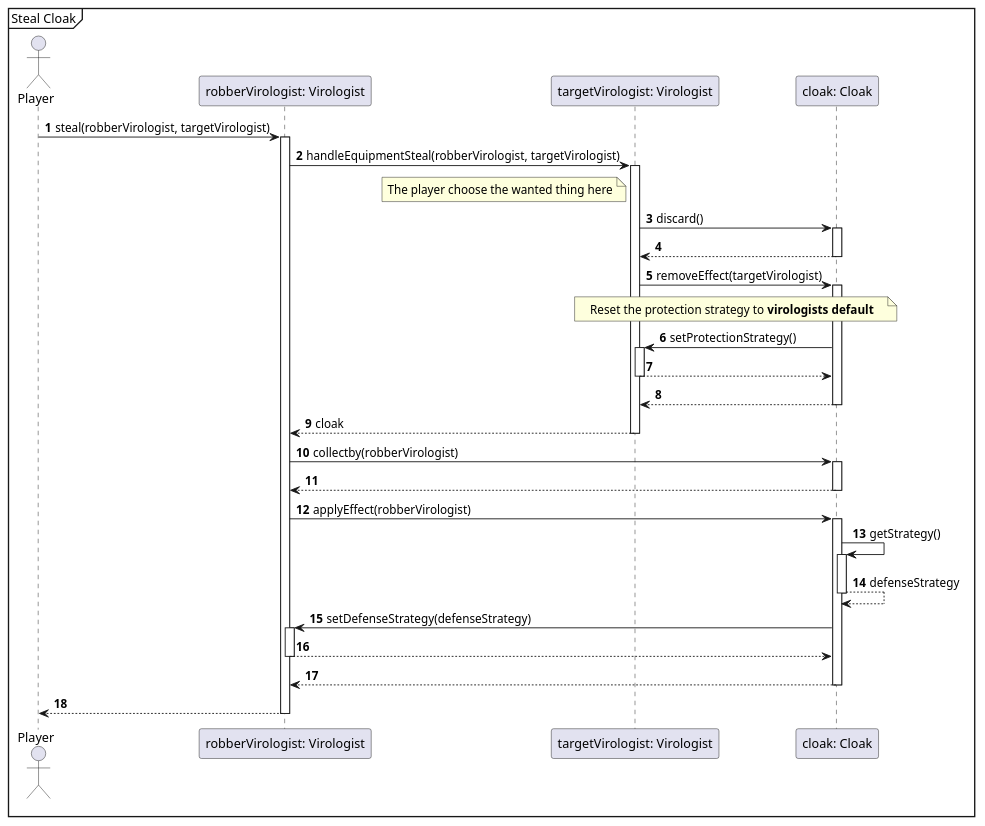
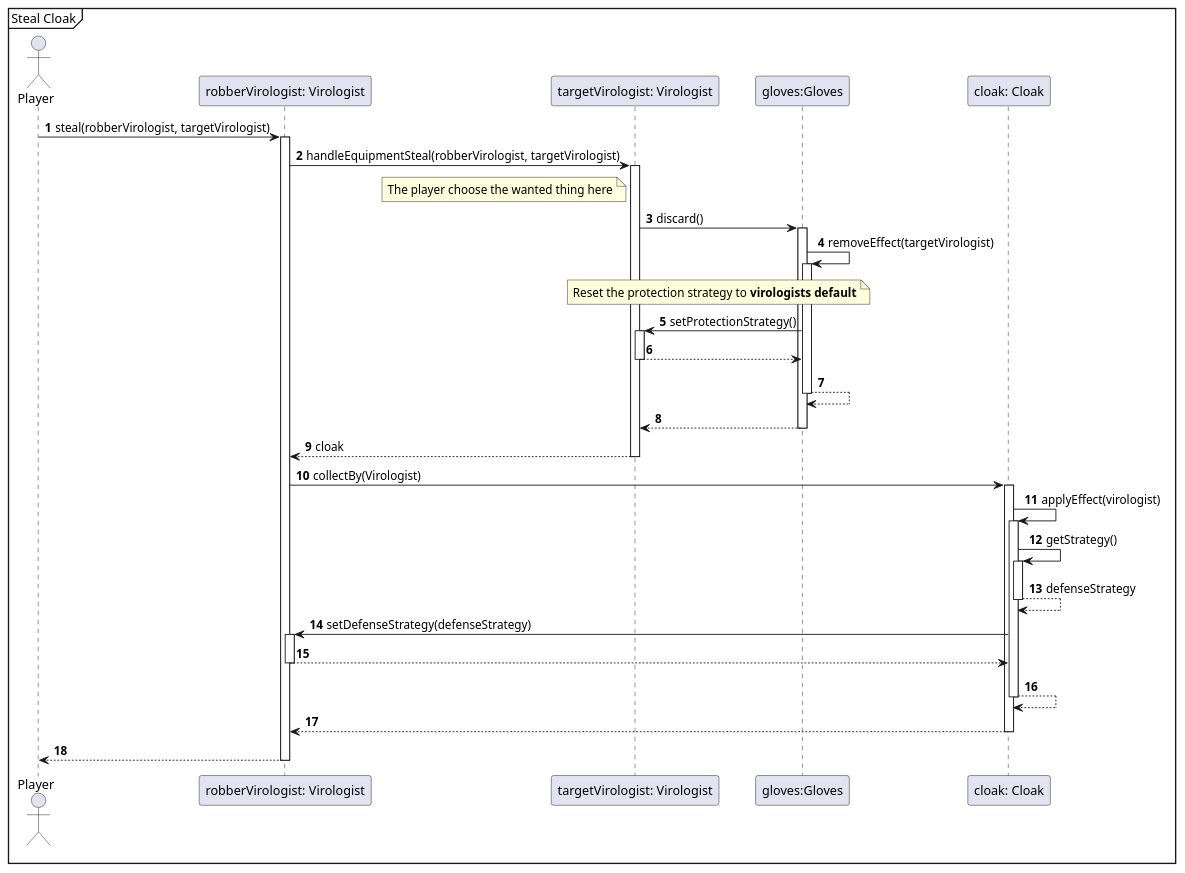
One commit to Projlab-csb/projlab-virologus changed the diagram in Exact Sequence-diagrams/StealCloak.puml. Above: the diagram before and after it, drawn with PlantUML. The commit also changed 17 other files, not shown here.

Commit message:
Little changes in sequences

```diff
--- a/Exact Sequence-diagrams/StealCloak.puml
+++ b/Exact Sequence-diagrams/StealCloak.puml
@@ -1,47 +1,50 @@
 @startuml
 'https://plantuml.com/sequence-diagram
 autonumber
 
 mainframe Steal Cloak
 
 actor Player
 
 Player -> "robberVirologist: Virologist"++: steal(robberVirologist, targetVirologist)
 
 "robberVirologist: Virologist" ->  "targetVirologist: Virologist"++: handleEquipmentSteal(robberVirologist, targetVirologist)
 
 
         note left  "targetVirologist: Virologist"
             The player choose the wanted thing here
         end note
 
-         "targetVirologist: Virologist"->"cloak: Cloak"++:discard()
-
-        "cloak: Cloak"--> "targetVirologist: Virologist"--
-        "targetVirologist: Virologist" -> "cloak: Cloak"++ : removeEffect(targetVirologist)
-        note over  "targetVirologist: Virologist", "cloak: Cloak"
-        Reset the protection strategy to **virologists default**
-        end note
+         "targetVirologist: Virologist"->"gloves:Gloves"++:discard()
+                   "gloves:Gloves" -> "gloves:Gloves"++ : removeEffect(targetVirologist)
+                    note over  "targetVirologist: Virologist", "gloves:Gloves"
+                    Reset the protection strategy to **virologists default**
+                     end note
         
-        "cloak: Cloak" ->  "targetVirologist: Virologist"++: setProtectionStrategy()
-         "targetVirologist: Virologist" --> "cloak: Cloak"--
-
-        "cloak: Cloak"--> "targetVirologist: Virologist"--
+                    "gloves:Gloves" ->  "targetVirologist: Virologist"++: setProtectionStrategy()
+                    "targetVirologist: Virologist" --> "gloves:Gloves"--
+        
+                    "gloves:Gloves"-->  "gloves:Gloves"--
+        
+                         "gloves:Gloves"--> "targetVirologist: Virologist"--
 
      "targetVirologist: Virologist" -->"robberVirologist: Virologist"--: cloak
-    "robberVirologist: Virologist"->"cloak: Cloak"++:collectby(robberVirologist)
-    "cloak: Cloak" --> "robberVirologist: Virologist"--
-"robberVirologist: Virologist" -> "cloak: Cloak"++ : applyEffect(robberVirologist)
-
-
-
-"cloak: Cloak" -> "cloak: Cloak"++ : getStrategy()
-"cloak: Cloak" --> "cloak: Cloak"-- : defenseStrategy
-
-"cloak: Cloak" -> "robberVirologist: Virologist"++: setDefenseStrategy(defenseStrategy)
-"robberVirologist: Virologist" --> "cloak: Cloak"--
-"cloak: Cloak" --> "robberVirologist: Virologist"--
+  "robberVirologist: Virologist" -> "cloak: Cloak": collectBy(Virologist)
+    Activate "cloak: Cloak"
+ 
+     "cloak: Cloak" -> "cloak: Cloak"++ : applyEffect(virologist)
+ 
+       "cloak: Cloak" -> "cloak: Cloak"++ : getStrategy()
+       "cloak: Cloak" --> "cloak: Cloak"-- : defenseStrategy
+ 
+       "cloak: Cloak" -> "robberVirologist: Virologist"++: setDefenseStrategy(defenseStrategy)
+       "robberVirologist: Virologist" --> "cloak: Cloak"--
+ 
+       "cloak: Cloak" --> "cloak: Cloak"--
+ 
+    "cloak: Cloak" --> "robberVirologist: Virologist":
+    Deactivate "cloak: Cloak"
 
 
 "robberVirologist: Virologist" --> Player --
 @enduml
```
